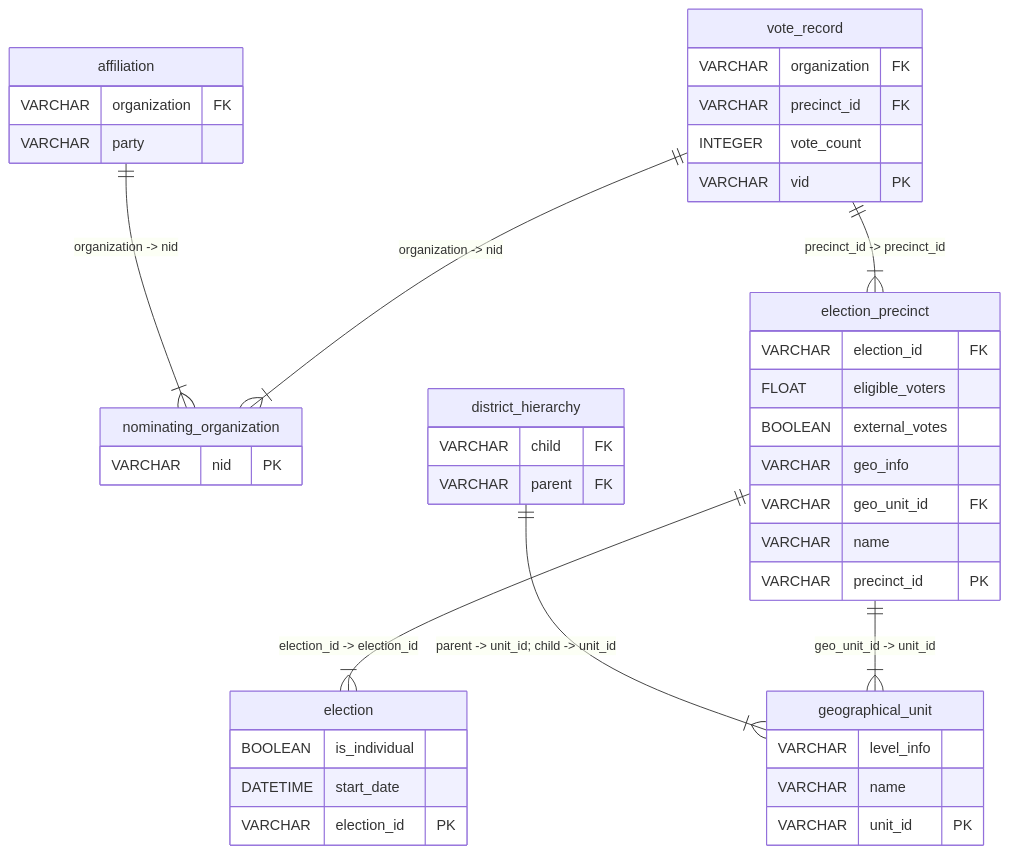
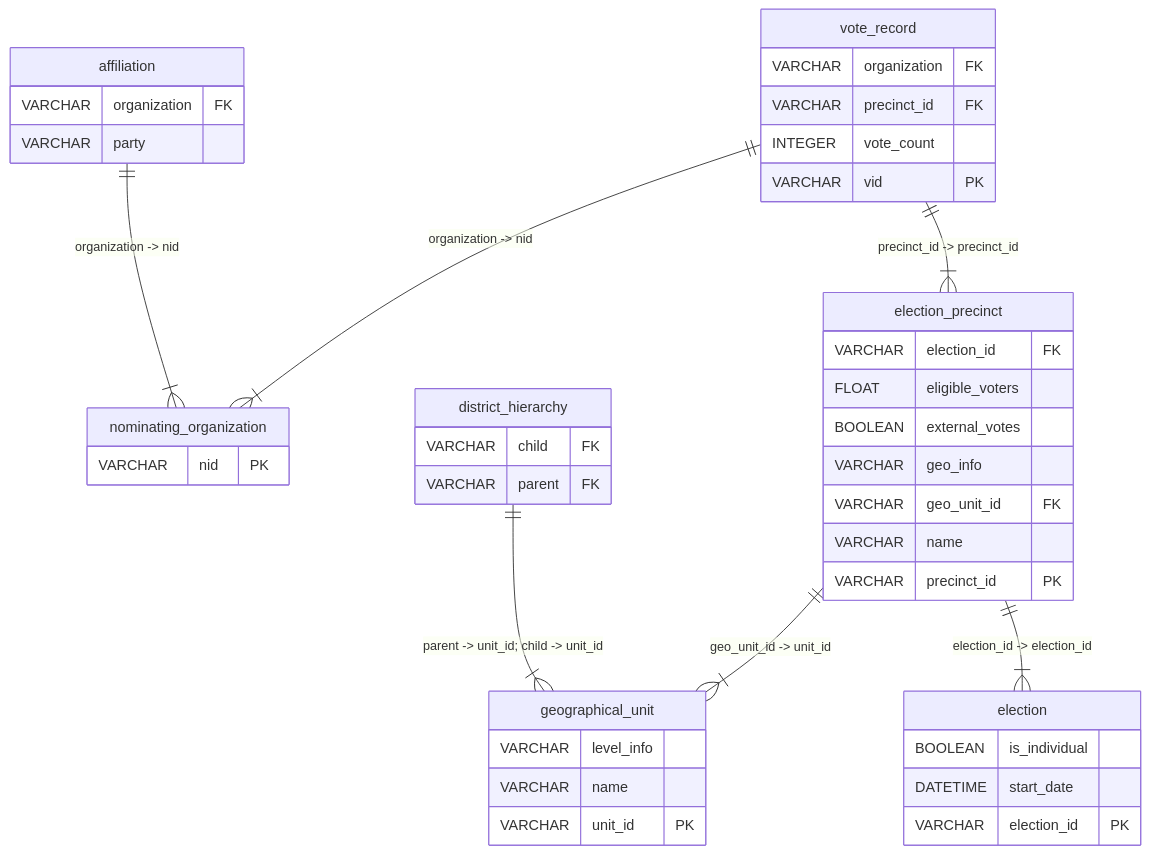
The diagram in _sources/dataset-pages/hungarian_elections.md (papsebestyen/explorer), drawn with Mermaid before and after one commit. The commit also changed other lines of this file and 24 other files, not shown here.

````diff
--- a/_sources/dataset-pages/hungarian_elections.md
+++ b/_sources/dataset-pages/hungarian_elections.md
@@ -22,45 +22,45 @@
 ```{mermaid}
 erDiagram
   affiliation {    
     VARCHAR organization FK     
     VARCHAR party  
   }
   nominating_organization {    
     VARCHAR nid PK 
   }
   district_hierarchy {    
     VARCHAR child FK     
     VARCHAR parent FK 
   }
   geographical_unit {    
     VARCHAR level_info      
     VARCHAR name      
     VARCHAR unit_id PK 
   }
   election {    
     BOOLEAN is_individual      
     DATETIME start_date      
     VARCHAR election_id PK 
   }
   election_precinct {    
     VARCHAR election_id FK     
     FLOAT eligible_voters      
     BOOLEAN external_votes      
     VARCHAR geo_info      
     VARCHAR geo_unit_id FK     
     VARCHAR name      
     VARCHAR precinct_id PK 
   }
   vote_record {    
     VARCHAR organization FK     
     VARCHAR precinct_id FK     
     INTEGER vote_count      
     VARCHAR vid PK 
   }
   affiliation ||--|{ nominating_organization : "organization -> nid"
   district_hierarchy ||--|{ geographical_unit : "parent -> unit_id; child -> unit_id"
+  election_precinct ||--|{ geographical_unit : "geo_unit_id -> unit_id"
   election_precinct ||--|{ election : "election_id -> election_id"
-  election_precinct ||--|{ geographical_unit : "geo_unit_id -> unit_id"
   vote_record ||--|{ election_precinct : "precinct_id -> precinct_id"
   vote_record ||--|{ nominating_organization : "organization -> nid"
 ```
````
